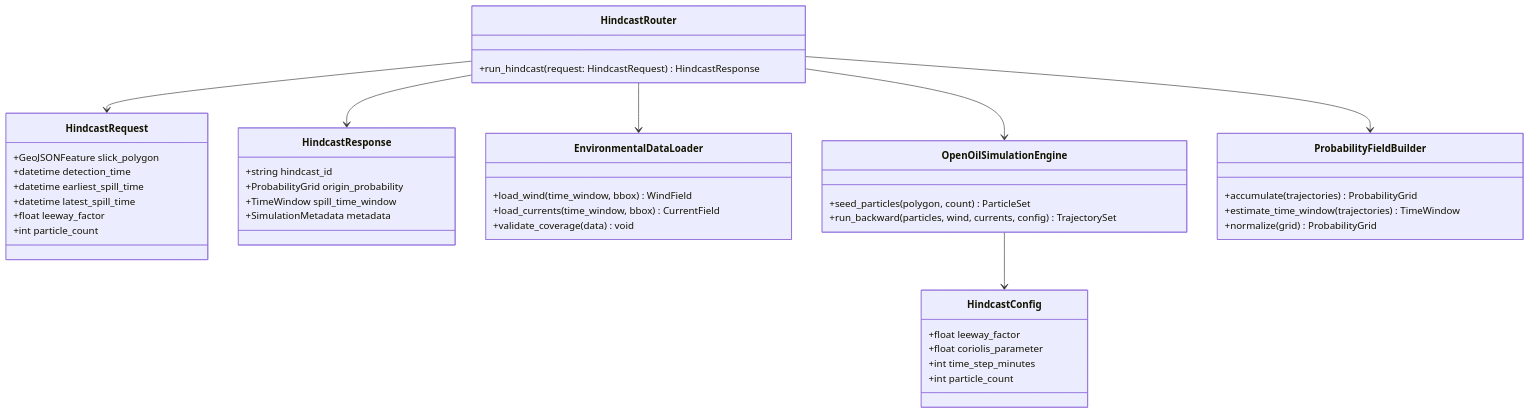
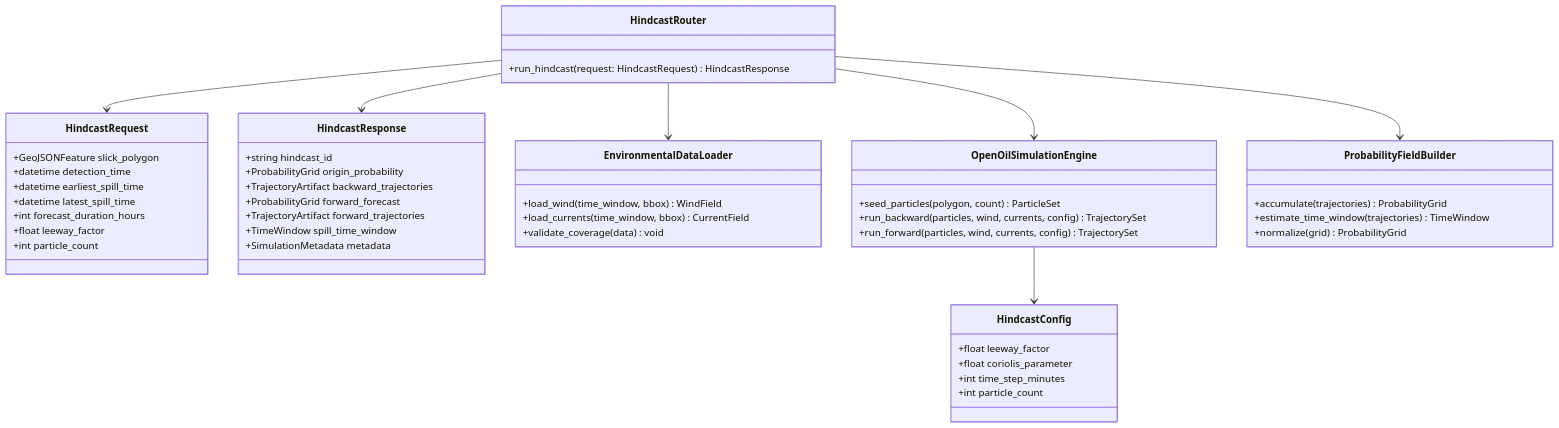
The sixth of 25 diagrams in ai-ml-maritime-oil-spill-architecture.md (ankushkumar14092-dot/sih-architecture), drawn with Mermaid before and after one commit. The commit also changed other lines of this file and 1 other file, not shown here.

Commit message:
Align architecture with SIH26143 requirements

````diff
--- a/ai-ml-maritime-oil-spill-architecture.md
+++ b/ai-ml-maritime-oil-spill-architecture.md
@@ -285,47 +303,52 @@
 ```mermaid
 classDiagram
     class HindcastRouter {
         +run_hindcast(request: HindcastRequest) HindcastResponse
     }
     class HindcastRequest {
         +GeoJSONFeature slick_polygon
         +datetime detection_time
         +datetime earliest_spill_time
         +datetime latest_spill_time
+        +int forecast_duration_hours
         +float leeway_factor
         +int particle_count
     }
     class HindcastResponse {
         +string hindcast_id
         +ProbabilityGrid origin_probability
+        +TrajectoryArtifact backward_trajectories
+        +ProbabilityGrid forward_forecast
+        +TrajectoryArtifact forward_trajectories
         +TimeWindow spill_time_window
         +SimulationMetadata metadata
     }
     class EnvironmentalDataLoader {
         +load_wind(time_window, bbox) WindField
         +load_currents(time_window, bbox) CurrentField
         +validate_coverage(data) void
     }
     class OpenOilSimulationEngine {
         +seed_particles(polygon, count) ParticleSet
         +run_backward(particles, wind, currents, config) TrajectorySet
+        +run_forward(particles, wind, currents, config) TrajectorySet
     }
     class ProbabilityFieldBuilder {
         +accumulate(trajectories) ProbabilityGrid
         +estimate_time_window(trajectories) TimeWindow
         +normalize(grid) ProbabilityGrid
     }
     class HindcastConfig {
         +float leeway_factor
         +float coriolis_parameter
         +int time_step_minutes
         +int particle_count
     }
 
     HindcastRouter --> HindcastRequest
     HindcastRouter --> HindcastResponse
     HindcastRouter --> EnvironmentalDataLoader
     HindcastRouter --> OpenOilSimulationEngine
     HindcastRouter --> ProbabilityFieldBuilder
     OpenOilSimulationEngine --> HindcastConfig
 ```
````
